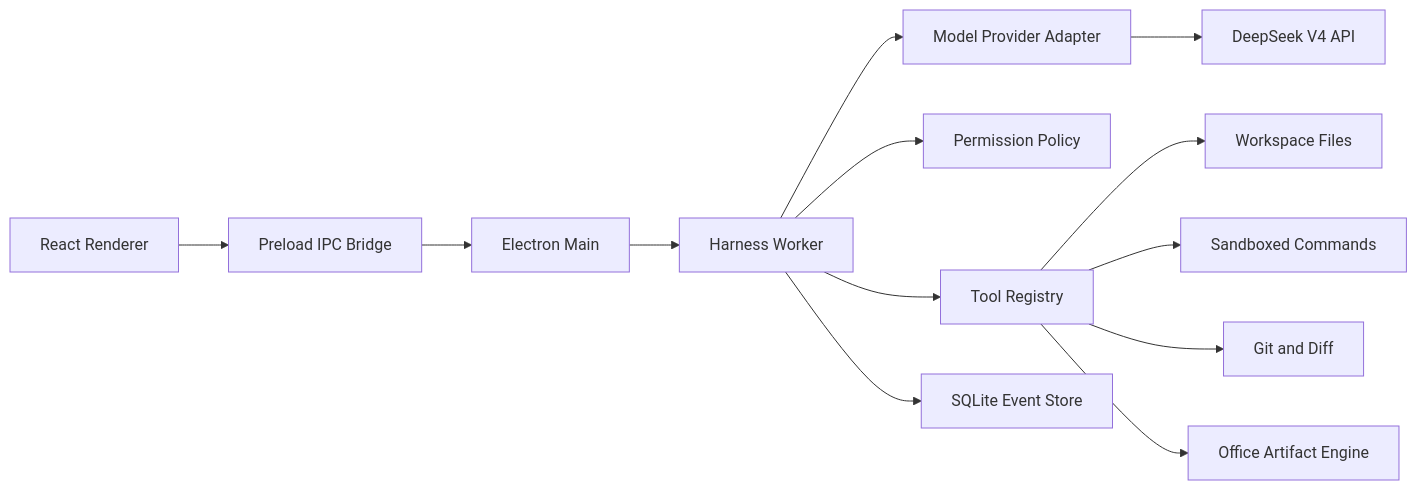
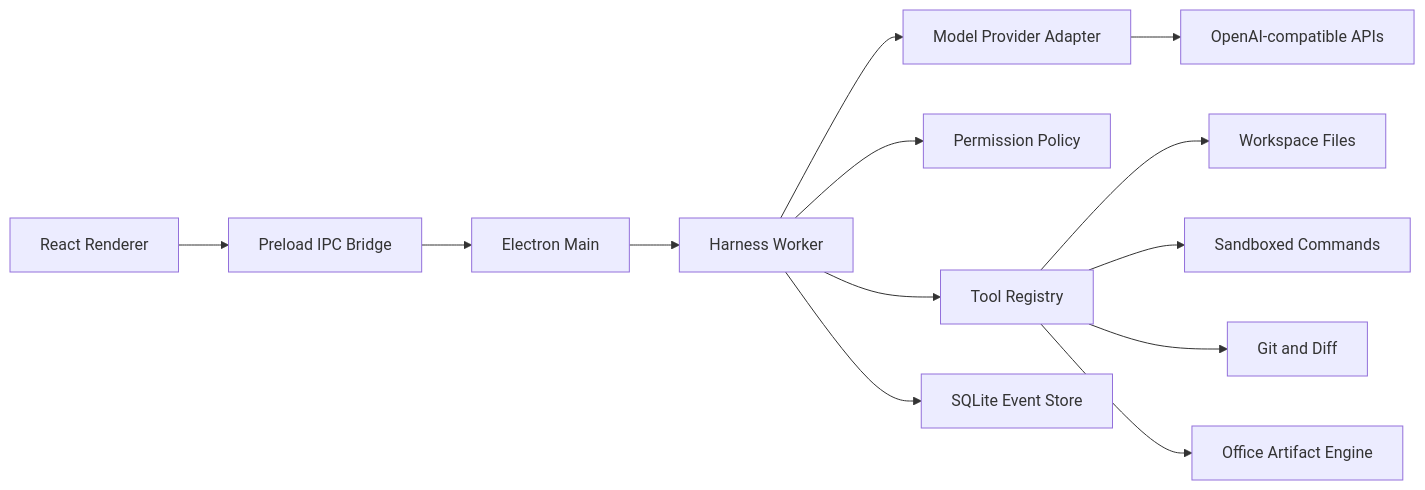
One commit to CaptainLand/AporiaX changed the diagram in docs/HARNESS_ROADMAP.md. Above: the diagram before and after it, drawn with Mermaid. The commit also changed other lines of this file and 13 other files, not shown here.

````diff
--- a/docs/HARNESS_ROADMAP.md
+++ b/docs/HARNESS_ROADMAP.md
@@ -34,15 +34,15 @@
 ```mermaid
 flowchart LR
   UI[React Renderer] --> Bridge[Preload IPC Bridge]
   Bridge --> Desktop[Electron Main]
   Desktop --> Harness[Harness Worker]
   Harness --> Provider[Model Provider Adapter]
-  Provider --> DS[DeepSeek V4 API]
+  Provider --> API[OpenAI-compatible APIs]
   Harness --> Policy[Permission Policy]
   Harness --> Tools[Tool Registry]
   Tools --> FS[Workspace Files]
   Tools --> Shell[Sandboxed Commands]
   Tools --> Git[Git and Diff]
   Tools --> Office[Office Artifact Engine]
   Harness --> Store[SQLite Event Store]
 ```
````
